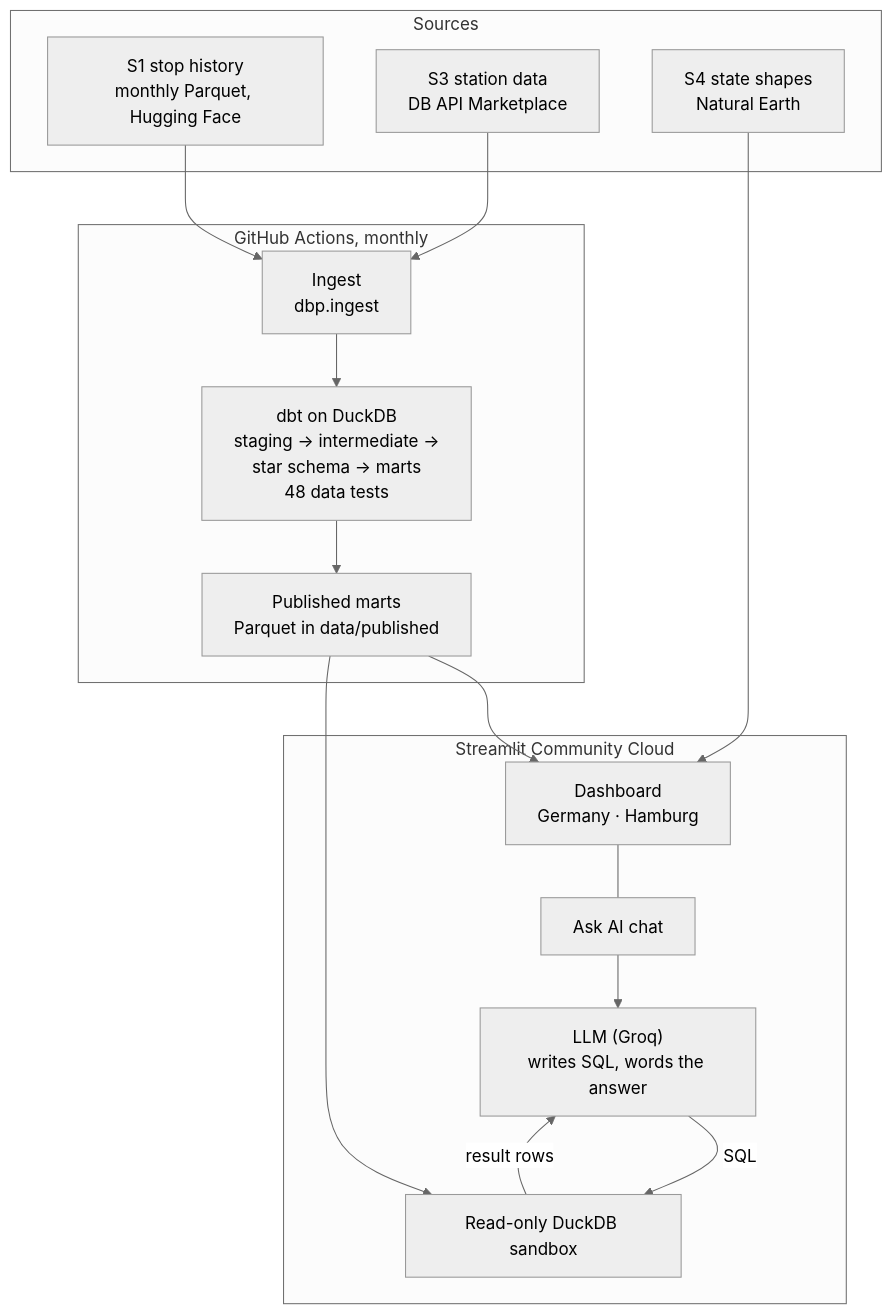
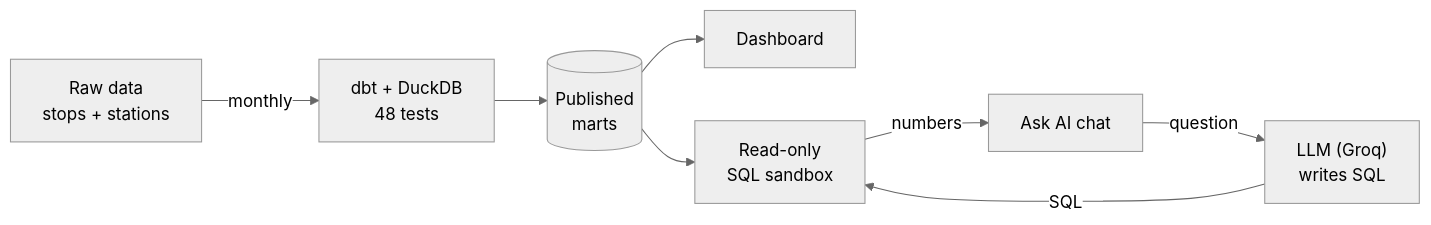
One commit to Rony-crypto/bahnpulse changed the diagram in README.md. Above: the diagram before and after it, drawn with Mermaid (neutral theme).

Commit message:
Simplify README architecture diagram

````diff
--- a/README.md
+++ b/README.md
@@ -43,29 +43,10 @@
 ```mermaid
-flowchart TB
-  subgraph Sources
-    S1["S1 stop history<br/>monthly Parquet, Hugging Face"]
-    S3["S3 station data<br/>DB API Marketplace"]
-    S4["S4 state shapes<br/>Natural Earth"]
-  end
-  subgraph Pipeline["GitHub Actions, monthly"]
-    ING["Ingest<br/>dbp.ingest"]
-    DBT["dbt on DuckDB<br/>staging → intermediate →<br/>star schema → marts<br/>48 data tests"]
-    PUB["Published marts<br/>Parquet in data/published"]
-  end
-  subgraph App["Streamlit Community Cloud"]
-    DASH["Dashboard<br/>Germany · Hamburg"]
-    CHAT["Ask AI chat"]
-    LLM["LLM (Groq)<br/>writes SQL, words the answer"]
-    SBX["Read-only DuckDB sandbox"]
-  end
-  S1 --> ING
-  S3 --> ING
-  ING --> DBT --> PUB
-  PUB --> DASH
-  S4 --> DASH
-  DASH --- CHAT
-  CHAT --> LLM
-  LLM -- "SQL" --> SBX
-  PUB --> SBX
-  SBX -- "result rows" --> LLM
+flowchart LR
+  SRC["Raw data<br/>stops + stations"] -->|monthly| DBT["dbt + DuckDB<br/>48 tests"]
+  DBT --> MARTS[("Published<br/>marts")]
+  MARTS --> DASH["Dashboard"]
+  MARTS --> SBX["Read-only<br/>SQL sandbox"]
+  CHAT["Ask AI chat"] -->|question| LLM["LLM (Groq)<br/>writes SQL"]
+  LLM -->|SQL| SBX
+  SBX -->|numbers| CHAT
 ```
````
